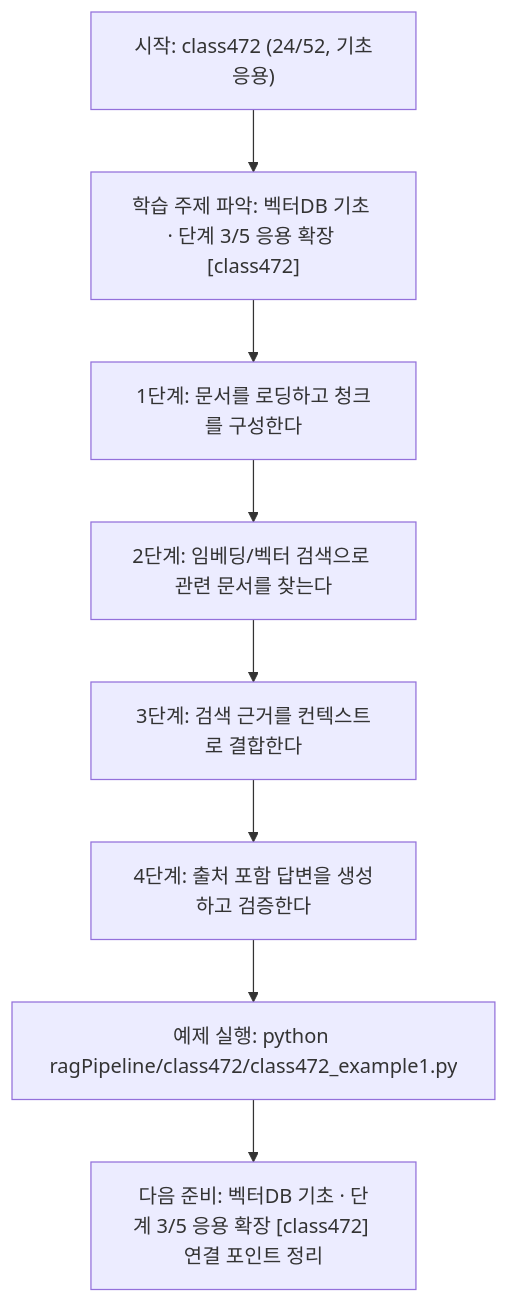
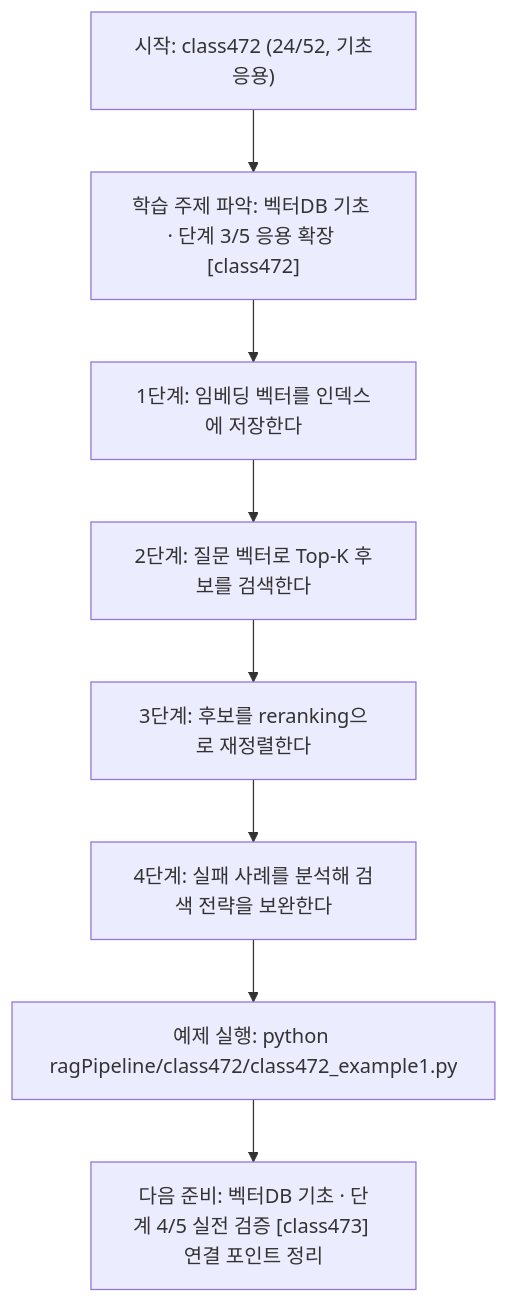
The diagram in ragPipeline/class472/class472.md (edumgt/Python-AI_Agent-Class), drawn with Mermaid before and after one commit. The commit also changed other lines of this file and 367 other files, not shown here.

````diff
--- a/ragPipeline/class472/class472.md
+++ b/ragPipeline/class472/class472.md
@@ -111,18 +92,18 @@
 ```mermaid
 flowchart TD
 N1["시작: class472 (24/52, 기초응용)"]
 N2["학습 주제 파악: 벡터DB 기초 · 단계 3/5 응용 확장 [class472]"]
-N3["1단계: 문서를 로딩하고 청크를 구성한다"]
-N4["2단계: 임베딩/벡터 검색으로 관련 문서를 찾는다"]
-N5["3단계: 검색 근거를 컨텍스트로 결합한다"]
-N6["4단계: 출처 포함 답변을 생성하고 검증한다"]
+N3["1단계: 임베딩 벡터를 인덱스에 저장한다"]
+N4["2단계: 질문 벡터로 Top-K 후보를 검색한다"]
+N5["3단계: 후보를 reranking으로 재정렬한다"]
+N6["4단계: 실패 사례를 분석해 검색 전략을 보완한다"]
 N7["예제 실행: python ragPipeline/class472/class472_example1.py"]
-N8["다음 준비: 벡터DB 기초 · 단계 3/5 응용 확장 [class472] 연결 포인트 정리"]
+N8["다음 준비: 벡터DB 기초 · 단계 4/5 실전 검증 [class473] 연결 포인트 정리"]
 N1 --> N2
 N2 --> N3
 N3 --> N4
 N4 --> N5
 N5 --> N6
 N6 --> N7
 N7 --> N8
 ```
````
